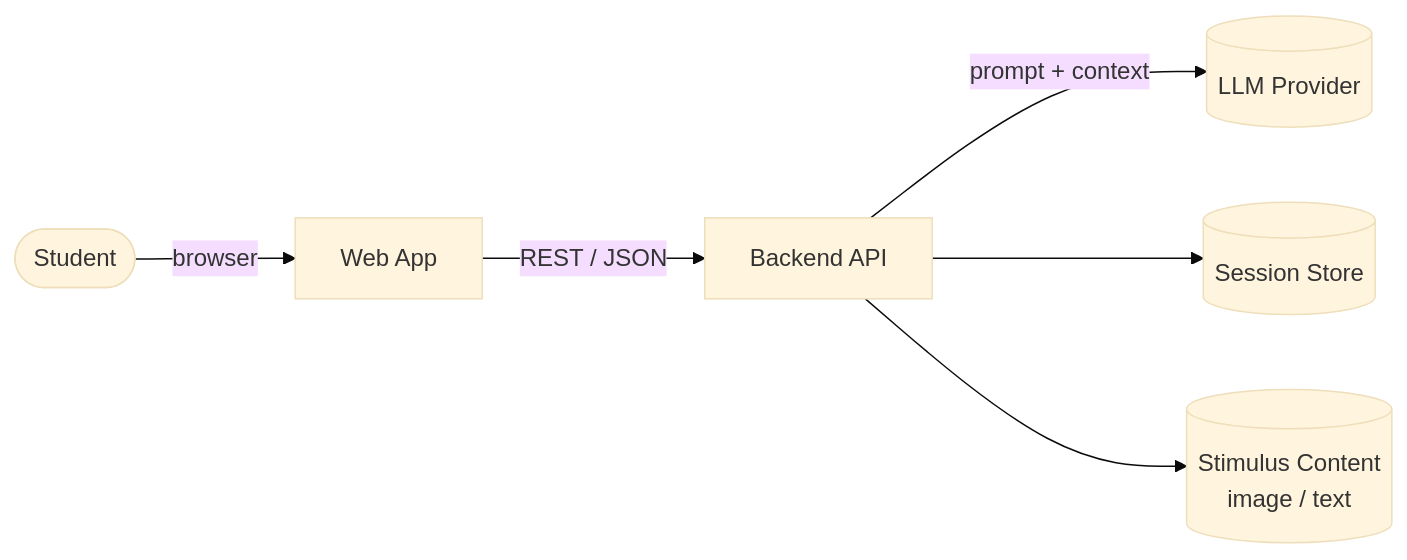
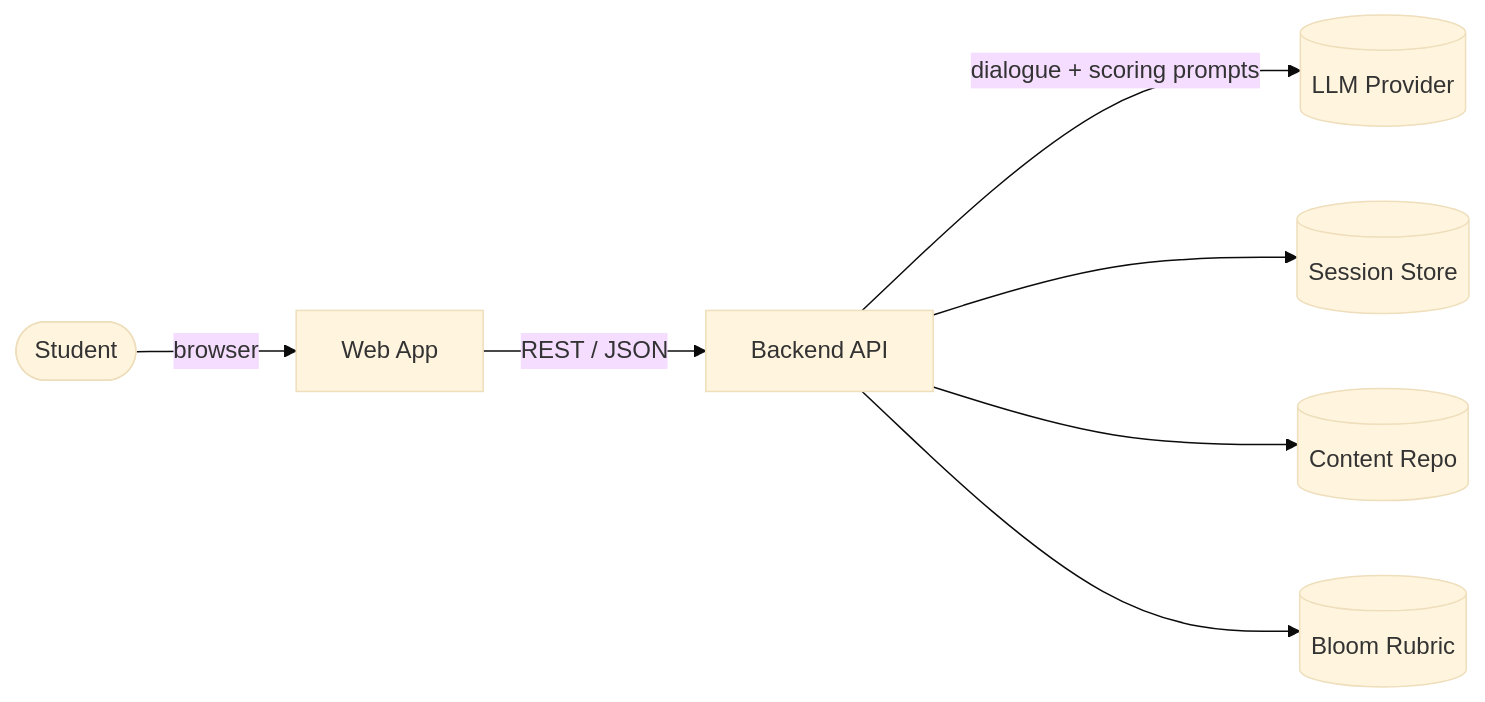
Before and after one commit to christopappas/hackathon_aug_2026_critcal_thinking: the first of 6 diagrams in ARCHITECTURE.md, drawn with Mermaid (base theme). The commit also changed other lines of this file, not shown here.

First line of the commit message:
Expand architecture to cover full MVP requirements

````diff
--- a/ARCHITECTURE.md
+++ b/ARCHITECTURE.md
@@ -16,8 +31,9 @@
 ```mermaid
 graph LR
-    User([Student]) -->|browser| Web[Web App]
+    Student([Student]) -->|browser| Web[Web App]
     Web -->|REST / JSON| API[Backend API]
-    API -->|prompt + context| LLM[(LLM Provider)]
-    API --> Store[(Session Store)]
-    API --> Content[(Stimulus Content<br/>image / text)]
+    API -->|dialogue + scoring prompts| LLM[(LLM Provider)]
+    API --> Sessions[(Session Store)]
+    API --> Content[(Content Repo)]
+    API --> Rubric[(Bloom Rubric)]
 ```
````
